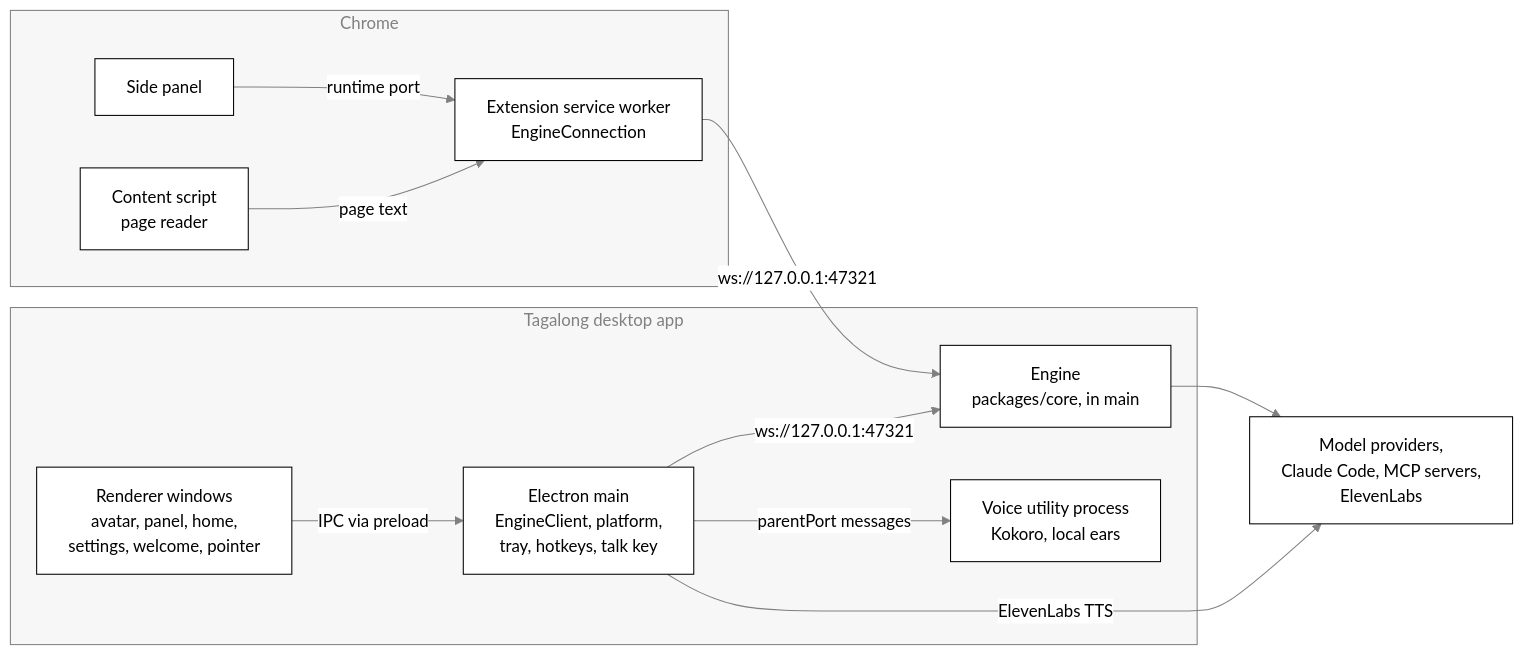
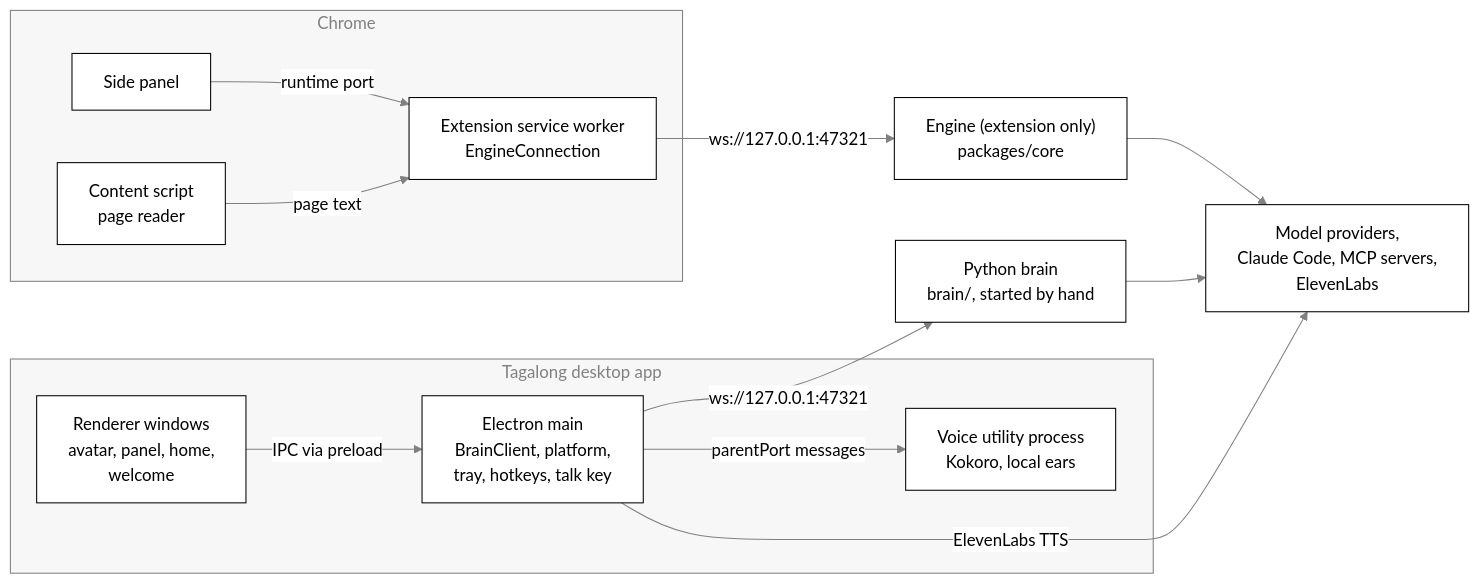
Before and after one commit to nadeem4/tagalong: the first of 4 diagrams in docs/architecture.md, drawn with Mermaid. The commit also changed other lines of this file and 52 other files, not shown here.

First line of the commit message:
feat(desktop): the desktop talks to the python brain (5c) (#172)

````diff
--- a/docs/architecture.md
+++ b/docs/architecture.md
@@ -28,24 +28,26 @@
 ```mermaid
 %%{init: {"theme": "base", "themeVariables": {"primaryColor": "#ffffff", "primaryTextColor": "#000000", "primaryBorderColor": "#000000", "lineColor": "#808080", "secondaryColor": "#f2f2f2", "tertiaryColor": "#ffffff", "clusterBkg": "#f7f7f7", "clusterBorder": "#808080", "edgeLabelBackground": "#ffffff", "titleColor": "#808080", "fontFamily": "Segoe UI, Helvetica, Arial, sans-serif"}}}%%
 flowchart LR
   subgraph Electron["Tagalong desktop app"]
-    R["Renderer windows<br>avatar, panel, home,<br>settings, welcome, pointer"]
-    M["Electron main<br>EngineClient, platform,<br>tray, hotkeys, talk key"]
-    E["Engine<br>packages/core, in main"]
+    R["Renderer windows<br>avatar, panel, home,<br>welcome"]
+    M["Electron main<br>BrainClient, platform,<br>tray, hotkeys, talk key"]
     V["Voice utility process<br>Kokoro, local ears"]
   end
   subgraph Chrome["Chrome"]
     SW["Extension service worker<br>EngineConnection"]
     SP["Side panel"]
     CS["Content script<br>page reader"]
   end
+  P["Python brain<br>brain/, started by hand"]
+  E["Engine (extension only)<br>packages/core"]
   X["Model providers,<br>Claude Code, MCP servers,<br>ElevenLabs"]
   R -- "IPC via preload" --> M
-  M -- "ws://127.0.0.1:47321" --> E
+  M -- "ws://127.0.0.1:47321" --> P
   M -- "parentPort messages" --> V
   SW -- "ws://127.0.0.1:47321" --> E
   SP -- "runtime port" --> SW
   CS -- "page text" --> SW
   E --> X
+  P --> X
   M -- "ElevenLabs TTS" --> X
 ```
````
